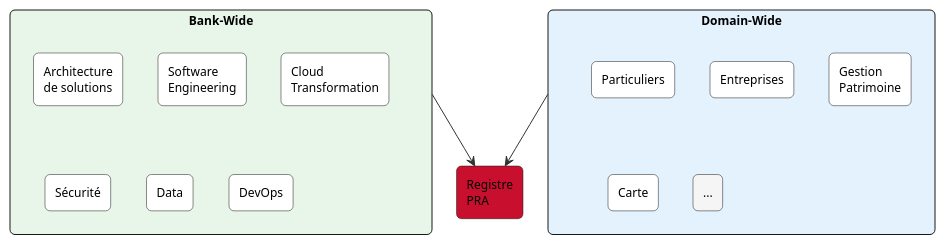
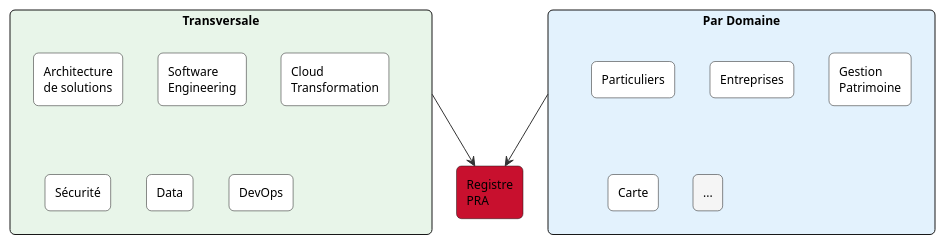
Before and after one commit to KiyaliHQ/proven-reusable-architecture: the third of 6 diagrams in content/pras/fr/overview.adoc, drawn with PlantUML. The commit also changed other lines of this file and 98 other files, not shown here.

```diff
--- a/content/pras/fr/overview.adoc
+++ b/content/pras/fr/overview.adoc
@@ -175,32 +175,32 @@
 [plantuml]
 ----
 @startuml
 skinparam backgroundColor transparent
 skinparam defaultFontSize 12
 skinparam shadowing false
 skinparam roundCorner 10
 skinparam ArrowColor #333333
 
 rectangle "Registre\nPRA" as reg #c8102e
 
-rectangle "Bank-Wide" as bw #e8f5e9 {
+rectangle "Transversale" as bw #e8f5e9 {
   rectangle "Architecture\nde solutions" as bw1 #ffffff
   rectangle "Software\nEngineering" as bw2 #ffffff
   rectangle "Cloud\nTransformation" as bw3 #ffffff
   rectangle "Sécurité" as bw4 #ffffff
   rectangle "Data" as bw5 #ffffff
   rectangle "DevOps" as bw6 #ffffff
 }
 
-rectangle "Domain-Wide" as dw #e3f2fd {
+rectangle "Par Domaine" as dw #e3f2fd {
   rectangle "Particuliers" as dw1 #ffffff
   rectangle "Entreprises" as dw2 #ffffff
   rectangle "Gestion\nPatrimoine" as dw3 #ffffff
   rectangle "Carte" as dw4 #ffffff
   rectangle "..." as dw5 #f5f5f5
 }
 
 bw --> reg
 dw --> reg
 @enduml
 ----
```
